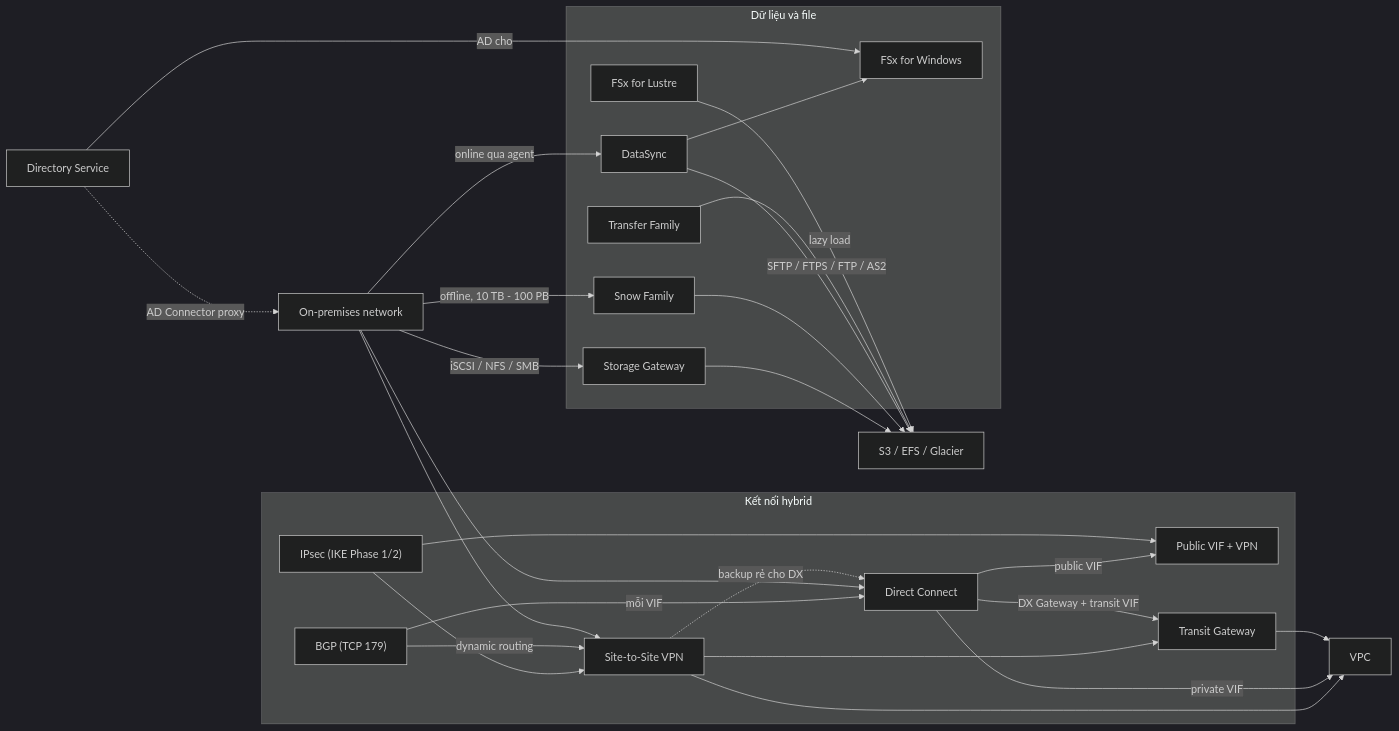
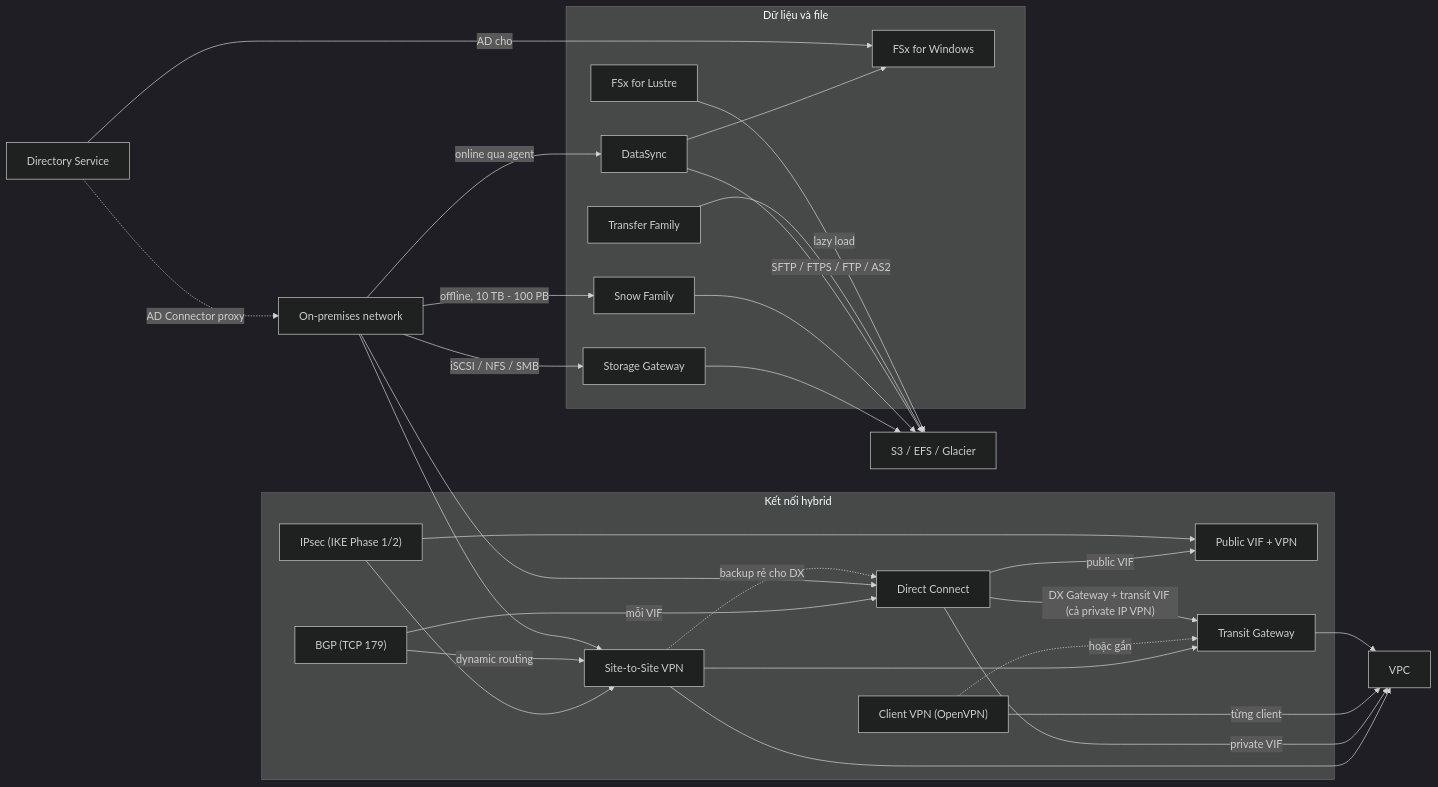
Before and after one commit to hairbui76/aws-saa-c03: the diagram in data/17 Hybrid and Migration/_MOC 17 Hybrid and Migration.md, drawn with Mermaid (dark theme). The commit also changed other lines of this file and 57 other files, not shown here.

````diff
--- a/data/17 Hybrid and Migration/_MOC 17 Hybrid and Migration.md
+++ b/data/17 Hybrid and Migration/_MOC 17 Hybrid and Migration.md
@@ -29,43 +30,46 @@
 ```mermaid
 flowchart LR
   ONP["On-premises network"]
   subgraph NET["Kết nối hybrid"]
     BGP["BGP (TCP 179)"]
     IPSEC["IPsec (IKE Phase 1/2)"]
     VPN["Site-to-Site VPN"]
+    CVPN["Client VPN (OpenVPN)"]
     DX["Direct Connect"]
     PVIF["Public VIF + VPN"]
     TGW["Transit Gateway"]
   end
   subgraph DATA["Dữ liệu và file"]
     SGW["Storage Gateway"]
     SNOW["Snow Family"]
     DS["DataSync"]
     TF["Transfer Family"]
     FSXW["FSx for Windows"]
     FSXL["FSx for Lustre"]
   end
   DIR["Directory Service"]
   VPC["VPC"]
   S3["S3 / EFS / Glacier"]
 
   IPSEC --> VPN
   BGP -->|"dynamic routing"| VPN
   BGP -->|"mỗi VIF"| DX
   ONP --> VPN --> VPC
   ONP --> DX -->|"private VIF"| VPC
   DX -->|"public VIF"| PVIF
   IPSEC --> PVIF
   VPN -.->|"backup rẻ cho DX"| DX
   VPN --> TGW
-  DX -->|"DX Gateway + transit VIF"| TGW
+  CVPN -->|"từng client"| VPC
+  CVPN -.->|"hoặc gắn"| TGW
+  DX -->|"DX Gateway + transit VIF (cả private IP VPN)"| TGW
   TGW --> VPC
   ONP -->|"iSCSI / NFS / SMB"| SGW --> S3
   ONP -->|"offline, 10 TB - 100 PB"| SNOW --> S3
   ONP -->|"online qua agent"| DS --> S3
   DS --> FSXW
   TF -->|"SFTP / FTPS / FTP / AS2"| S3
   DIR -->|"AD cho"| FSXW
   DIR -.->|"AD Connector proxy"| ONP
   FSXL -->|"lazy load"| S3
 ```
````
